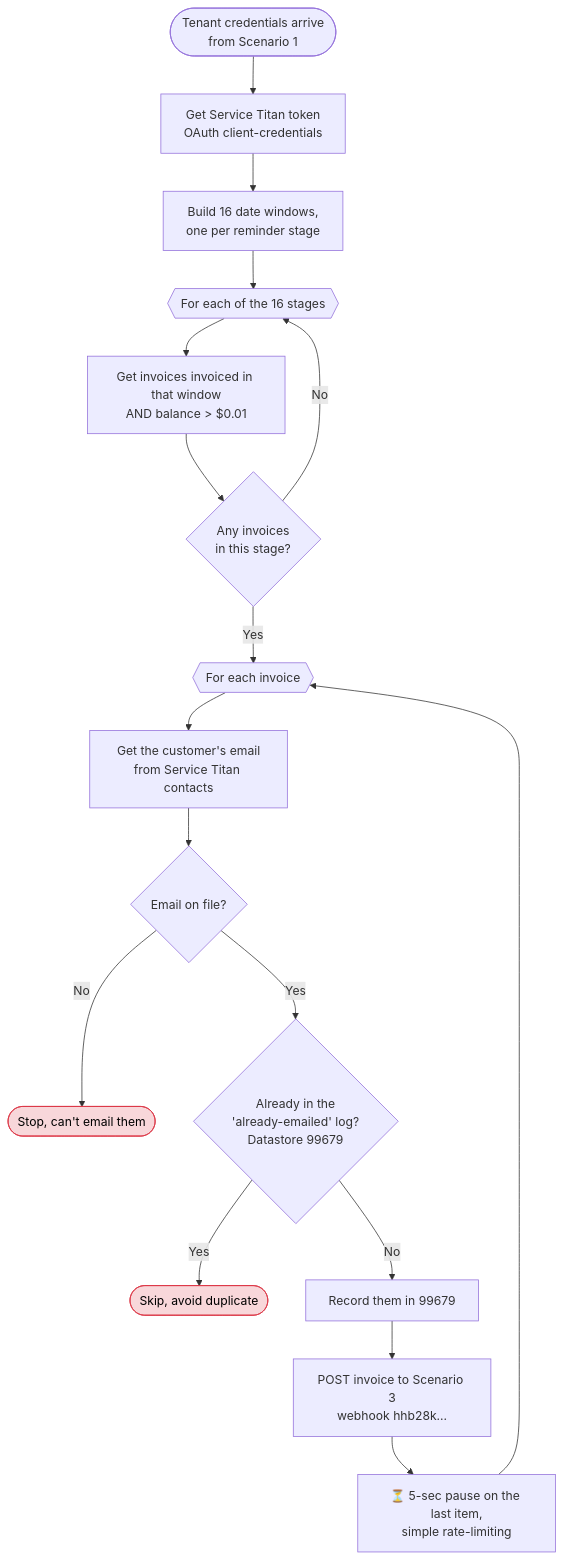
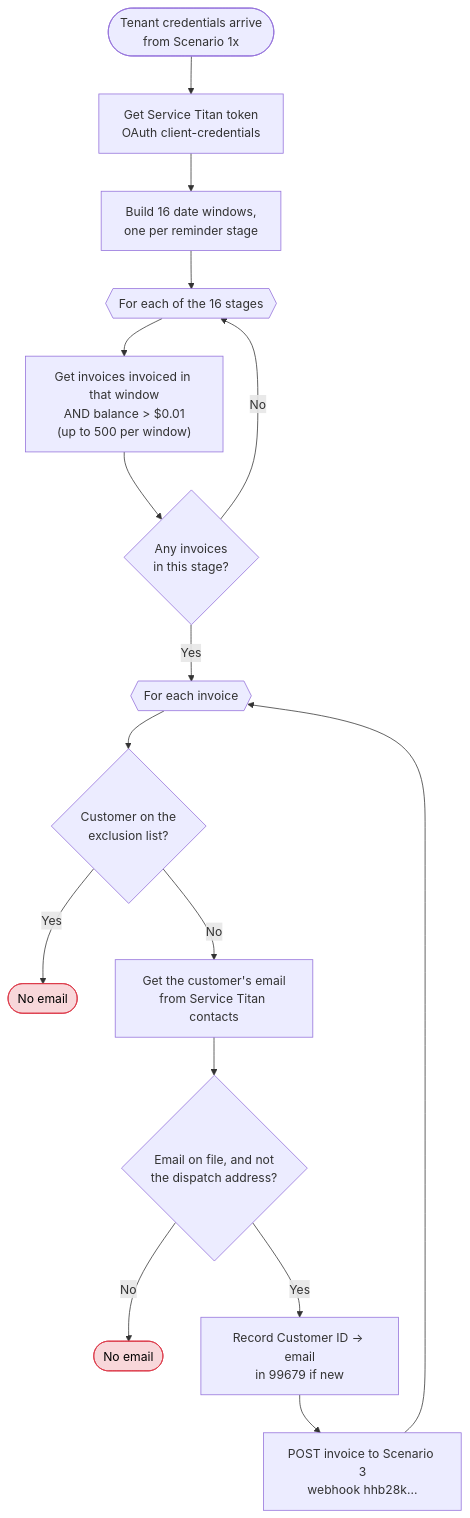
The third of 4 diagrams in README.md (Zerubabel-J/ar-automation-docs), drawn with Mermaid before and after one commit. The commit also changed other lines of this file, not shown here.

Commit message:
Update docs to current AR setup (per-tenant triggers, per-invoice lists, logs)

````diff
--- a/README.md
+++ b/README.md
@@ -153,22 +166,22 @@
 ```mermaid
 flowchart TD
-    START([Tenant credentials arrive<br/>from Scenario 1]) --> AUTH[Get Service Titan token<br/>OAuth client-credentials]
+    START([Tenant credentials arrive<br/>from Scenario 1x]) --> AUTH[Get Service Titan token<br/>OAuth client-credentials]
     AUTH --> BUCKETS[Build 16 date windows,<br/>one per reminder stage]
     BUCKETS --> LOOP{{For each of the 16 stages}}
 
-    LOOP --> GET["Get invoices invoiced in that window<br/>AND balance > $0.01"]
+    LOOP --> GET["Get invoices invoiced in that window<br/>AND balance > $0.01<br/>(up to 500 per window)"]
     GET --> ANY{Any invoices<br/>in this stage?}
     ANY -- "No" --> LOOP
     ANY -- "Yes" --> EACH{{For each invoice}}
 
-    EACH --> EMAIL[Get the customer's email<br/>from Service Titan contacts]
-    EMAIL --> HASMAIL{Email on file?}
-    HASMAIL -- "No" --> STOP1([Stop, can't email them]):::stop
-    HASMAIL -- "Yes" --> GATE{Already in the<br/>'already-emailed' log?<br/>Datastore 99679}
-    GATE -- "Yes" --> STOP2([Skip, avoid duplicate]):::stop
-    GATE -- "No" --> REC[Record them in 99679] --> SEND[POST invoice to Scenario 3<br/>webhook hhb28k…]
-    SEND --> SLEEP[⏳ 5-sec pause on the last item,<br/>simple rate-limiting]
-    SLEEP --> EACH
+    EACH --> FILT{"Customer on the<br/>exclusion list?"}
+    FILT -- "Yes" --> STOP0([No email]):::stop
+    FILT -- "No" --> EMAIL[Get the customer's email<br/>from Service Titan contacts]
+    EMAIL --> HASMAIL{"Email on file, and not<br/>the dispatch address?"}
+    HASMAIL -- "No" --> STOP1([No email]):::stop
+    HASMAIL -- "Yes" --> REC[Record Customer ID → email<br/>in 99679 if new]
+    REC --> SEND[POST invoice to Scenario 3<br/>webhook hhb28k…]
+    SEND --> EACH
 
     classDef stop fill:#f8d7da,stroke:#dc3545,color:#000;
 ```
````
